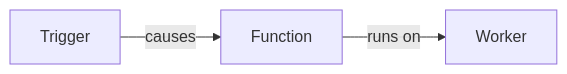
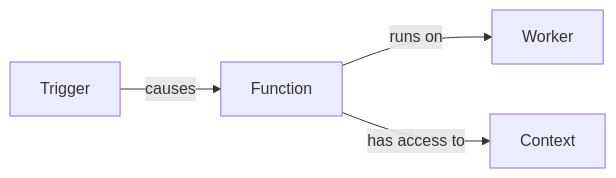
Before and after one commit to iii-hq/iii-connect: the second of 4 diagrams in README.md, drawn with Mermaid. The commit also changed other lines of this file and 1 other file, not shown here.

First line of the commit message:
Add Context as nested concept under Function

````diff
--- a/README.md
+++ b/README.md
@@ -50,5 +51,6 @@
 ```mermaid
 flowchart LR
     Trigger[Trigger] -->|causes| Function[Function]
     Function -->|runs on| Worker[Worker]
+    Function -->|has access to| Context[Context]
 ```
````
